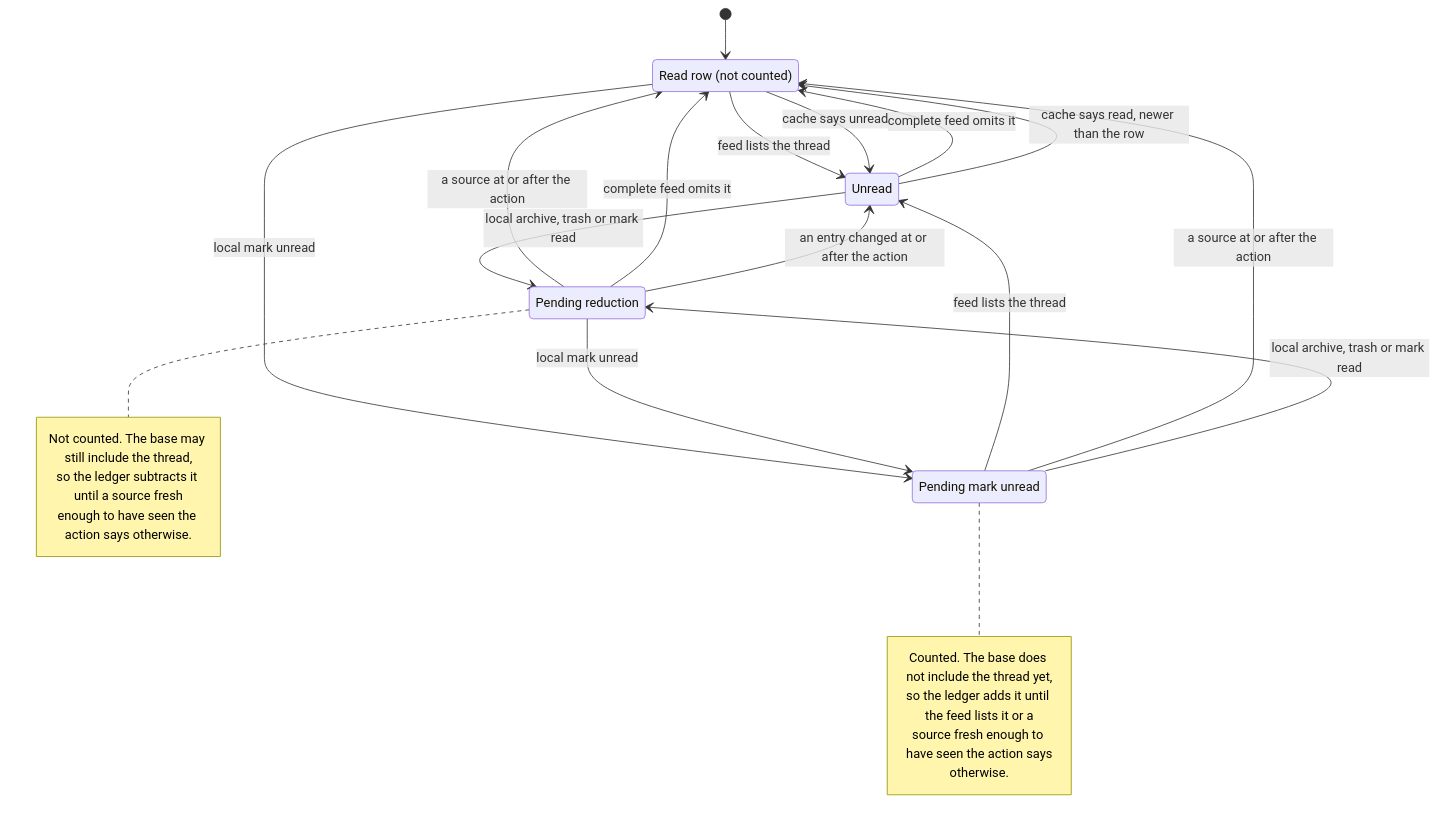
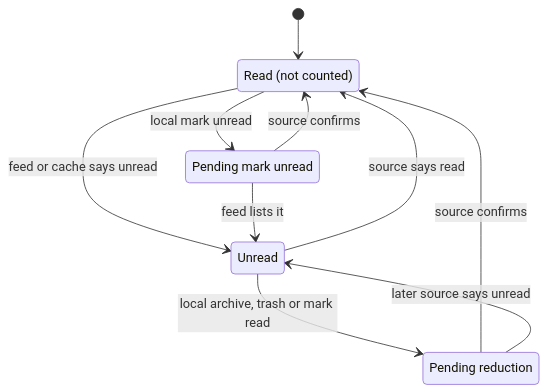
Before and after one commit to alxhslm/magic-apps: the diagram in docs/magimail/unread-counts.md, drawn with Mermaid. The commit also changed other lines of this file and 1 other file, not shown here.

First line of the commit message:
docs(magimail): tighten the unread count page

````diff
--- a/docs/magimail/unread-counts.md
+++ b/docs/magimail/unread-counts.md
@@ -235,39 +110,17 @@
 ```mermaid
 stateDiagram-v2
-    state "Read row (not counted)" as Read
+    state "Read (not counted)" as Read
     state "Unread" as Unread
     state "Pending reduction" as PendingReduce
     state "Pending mark unread" as PendingMarkUnread
 
     [*] --> Read
-
-    Read --> Unread: feed lists the thread
-    Read --> Unread: cache says unread
+    Read --> Unread: feed or cache says unread
     Read --> PendingMarkUnread: local mark unread
-
     Unread --> PendingReduce: local archive, trash or mark read
-    Unread --> Read: complete feed omits it
-    Unread --> Read: cache says read, newer than the row
-
-    PendingReduce --> Read: a source at or after the action
-    PendingReduce --> Read: complete feed omits it
-    PendingReduce --> Unread: an entry changed at or after the action
-    PendingReduce --> PendingMarkUnread: local mark unread
-
-    PendingMarkUnread --> Unread: feed lists the thread
-    PendingMarkUnread --> Read: a source at or after the action
-    PendingMarkUnread --> PendingReduce: local archive, trash or mark read
-
-    note right of PendingReduce
-        Not counted. The base may still include the thread,
-        so the ledger subtracts it until a source fresh
-        enough to have seen the action says otherwise.
-    end note
-
-    note right of PendingMarkUnread
-        Counted. The base does not include the thread yet,
-        so the ledger adds it until the feed lists it or a
-        source fresh enough to have seen the action says
-        otherwise.
-    end note
+    Unread --> Read: source says read
+    PendingReduce --> Read: source confirms
+    PendingReduce --> Unread: later source says unread
+    PendingMarkUnread --> Unread: feed lists it
+    PendingMarkUnread --> Read: source confirms
 ```
````
